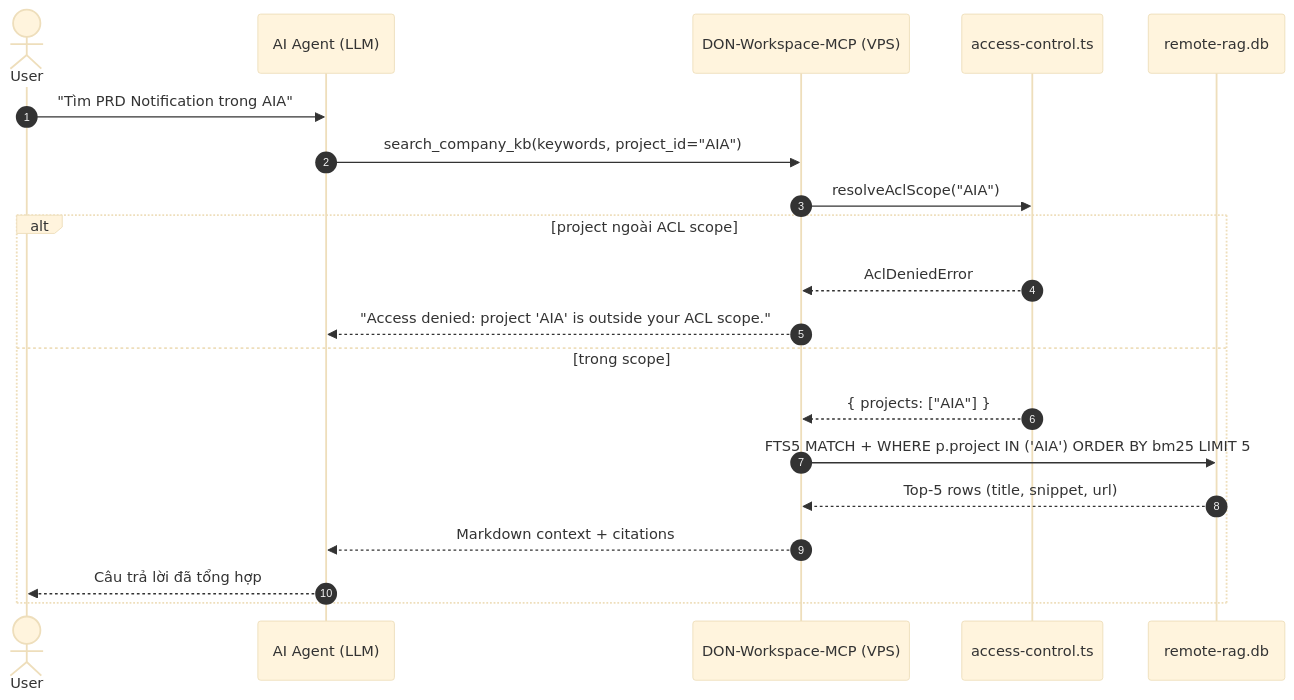
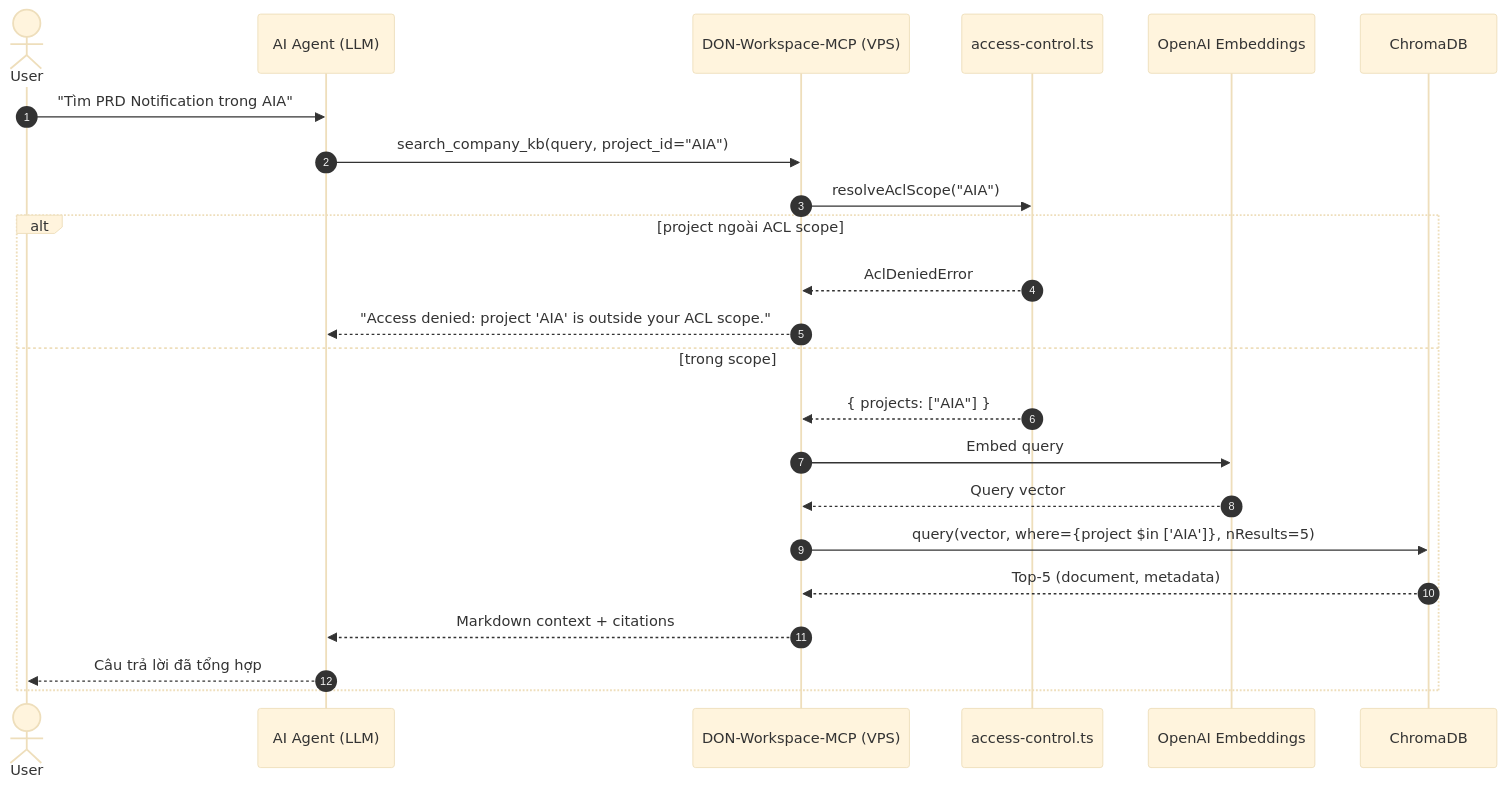
One commit to cachep-xidau/MCP-server changed the fourth of 5 diagrams in README.md. Above: the diagram before and after it, drawn with Mermaid (base theme). The commit also changed other lines of this file and 6 other files, not shown here.

First line of the commit message:
feat: add semantic KB search via OpenAI embeddings + ChromaDB

````diff
--- a/README.md
+++ b/README.md
@@ -104,23 +116,26 @@
 ```mermaid
 sequenceDiagram
     autonumber
     actor User as User
     participant AI as AI Agent (LLM)
     participant MCP as DON-Workspace-MCP (VPS)
     participant ACL as access-control.ts
-    participant DB as remote-rag.db
+    participant OpenAI as OpenAI Embeddings
+    participant Chroma as ChromaDB
 
     User->>AI: "Tìm PRD Notification trong AIA"
-    AI->>MCP: search_company_kb(keywords, project_id="AIA")
+    AI->>MCP: search_company_kb(query, project_id="AIA")
     MCP->>ACL: resolveAclScope("AIA")
     alt project ngoài ACL scope
         ACL-->>MCP: AclDeniedError
         MCP-->>AI: "Access denied: project 'AIA' is outside your ACL scope."
     else trong scope
         ACL-->>MCP: { projects: ["AIA"] }
-        MCP->>DB: FTS5 MATCH + WHERE p.project IN ('AIA') ORDER BY bm25 LIMIT 5
-        DB-->>MCP: Top-5 rows (title, snippet, url)
+        MCP->>OpenAI: Embed query
+        OpenAI-->>MCP: Query vector
+        MCP->>Chroma: query(vector, where={project $in ['AIA']}, nResults=5)
+        Chroma-->>MCP: Top-5 (document, metadata)
         MCP-->>AI: Markdown context + citations
         AI-->>User: Câu trả lời đã tổng hợp
     end
 ```
````
